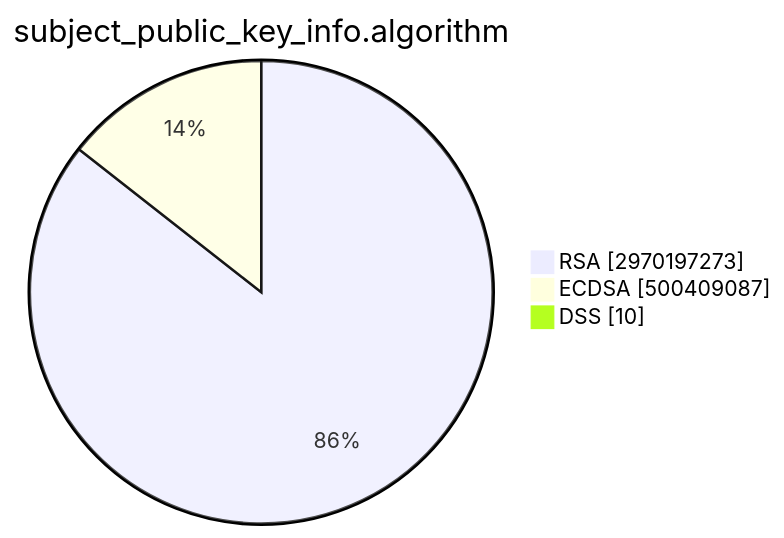
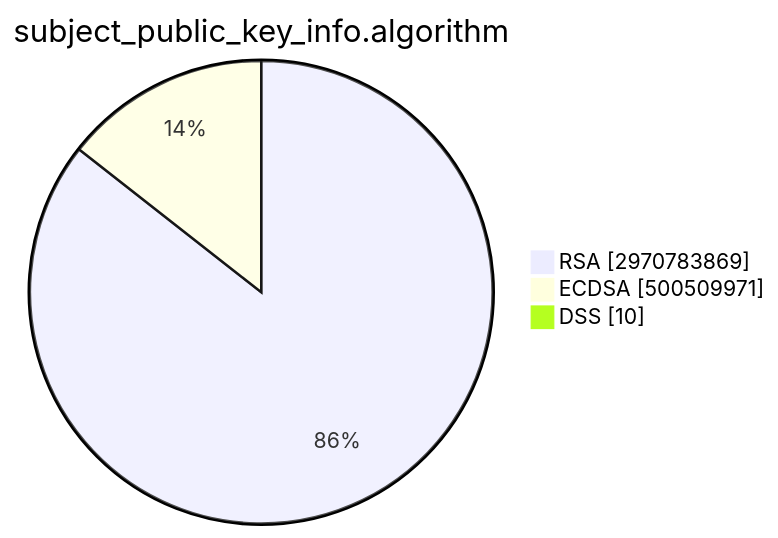
The second of 15 diagrams in TOTAL/README.md (christiankrug/ctmonitor_visualization), drawn with Mermaid before and after one commit. The commit also changed other lines of this file, not shown here.

````diff
--- a/TOTAL/README.md
+++ b/TOTAL/README.md
@@ -6,7 +6,7 @@
 ```mermaid
 pie showData
 title subject_public_key_info.algorithm
-"RSA" :2970197273
-"ECDSA" :500409087
+"RSA" :2970783869
+"ECDSA" :500509971
 "DSS" :10
 ```
````
